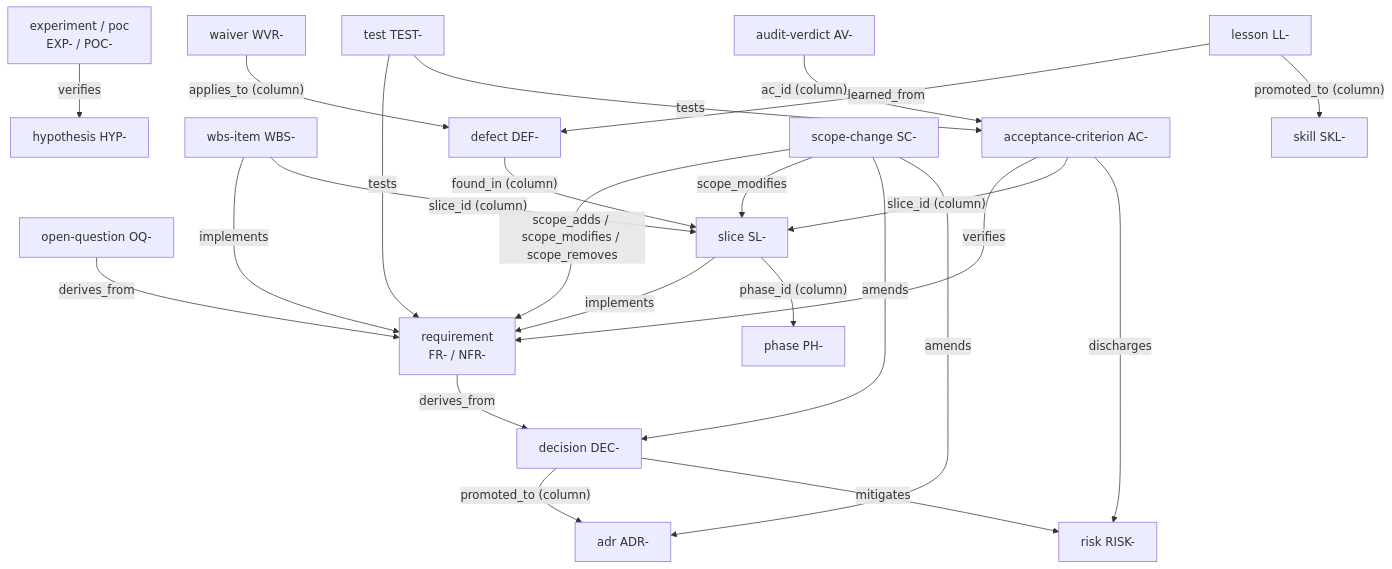
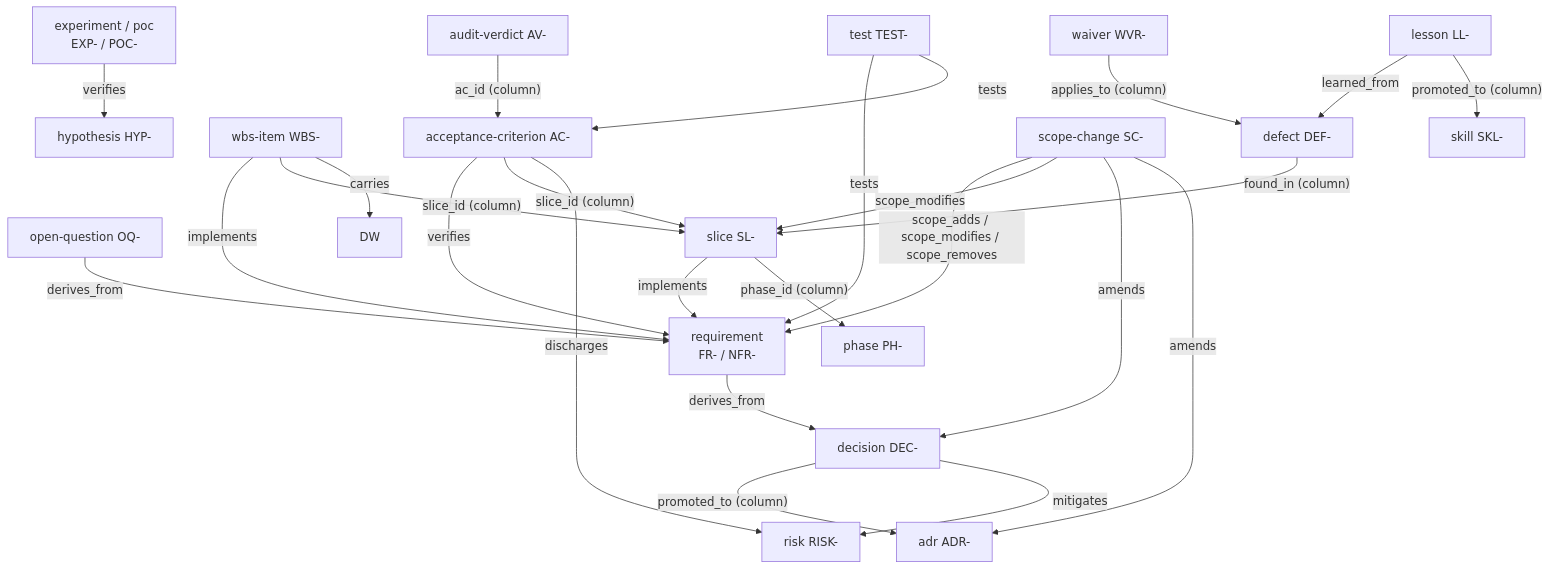
The second of 9 diagrams in docs/entities.md (A-H-911/tamheed), drawn with Mermaid before and after one commit. The commit also changed other lines of this file and 18 other files, not shown here.

````diff
--- a/docs/entities.md
+++ b/docs/entities.md
@@ -79,45 +79,46 @@
 ```mermaid
 flowchart TB
     REQ["requirement<br/>FR- / NFR-"]
     DEC["decision DEC-"]
     ADR["adr ADR-"]
     RISK["risk RISK-"]
     OQ["open-question OQ-"]
     HYP["hypothesis HYP-"]
     EXP["experiment / poc<br/>EXP- / POC-"]
     PH["phase PH-"]
     SL["slice SL-"]
     WBS["wbs-item WBS-"]
     AC["acceptance-criterion AC-"]
     TEST["test TEST-"]
     AV["audit-verdict AV-"]
     DEF["defect DEF-"]
     SC["scope-change SC-"]
     WVR["waiver WVR-"]
     LL["lesson LL-"]
     SKL["skill SKL-"]
 
     REQ -- "derives_from" --> DEC
     DEC -- "promoted_to (column)" --> ADR
     SL -- "implements" --> REQ
     WBS -- "implements" --> REQ
     AC -- "verifies" --> REQ
     AC -- "slice_id (column)" --> SL
     SL -- "phase_id (column)" --> PH
     WBS -- "slice_id (column)" --> SL
     TEST -- "tests" --> REQ
     TEST -- "tests" --> AC
     AV -- "ac_id (column)" --> AC
     DEF -- "found_in (column)" --> SL
     DEC -- "mitigates" --> RISK
     AC -- "discharges" --> RISK
     EXP -- "verifies" --> HYP
     OQ -- "derives_from" --> REQ
     SC -- "scope_adds / scope_modifies / scope_removes" --> REQ
     SC -- "scope_modifies" --> SL
     SC -- "amends" --> DEC
     SC -- "amends" --> ADR
+    WBS -- "carries" --> DW
     WVR -- "applies_to (column)" --> DEF
     LL -- "learned_from" --> DEF
     LL -- "promoted_to (column)" --> SKL
 ```
````
